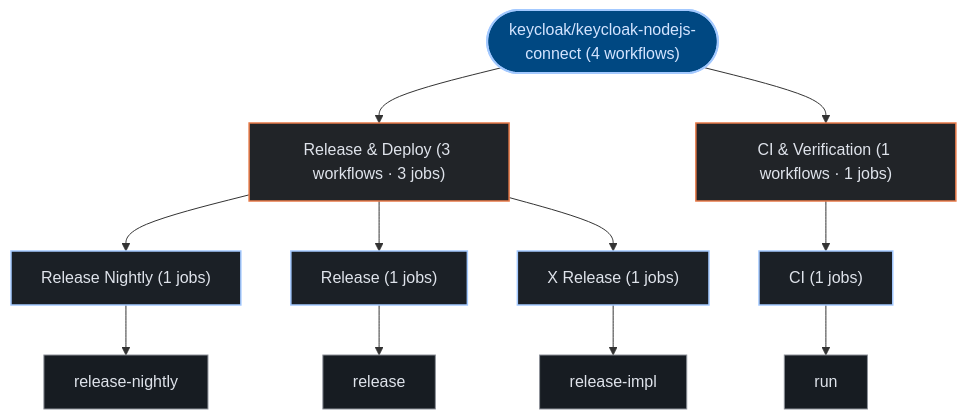
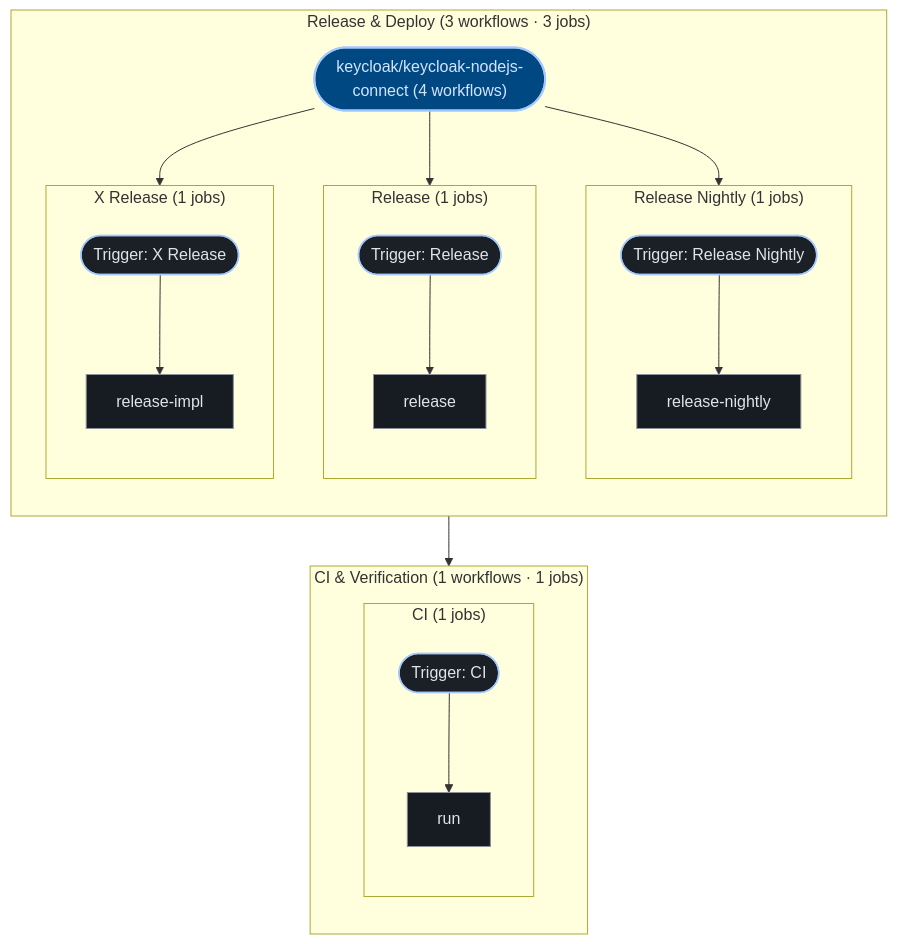
One commit to kumarshaz/atruss-code-atlas changed the second of 2 diagrams in exports/latest/reports/keycloak-keycloak-nodejs-connect-report.md. Above: the diagram before and after it, drawn with Mermaid. The commit also changed 181 other files, not shown here.

````diff
--- a/exports/latest/reports/keycloak-keycloak-nodejs-connect-report.md
+++ b/exports/latest/reports/keycloak-keycloak-nodejs-connect-report.md
@@ -164,31 +164,45 @@
 ```mermaid
 graph TD;
   classDef atlasRoot fill:#004882,stroke:#a3c9ff,stroke-width:2px,color:#d3e4ff
   classDef atlasCategory fill:#212428,stroke:#E87A48,stroke-width:1.5px,color:#dfe3eb
   classDef atlasWorkflow fill:#1b2026,stroke:#a3c9ff,stroke-width:1.5px,color:#dfe3eb
   classDef atlasJob fill:#171c22,stroke:#8d9199,stroke-width:1px,color:#dfe3eb
   classDef atlasTarget fill:#005227,stroke:#8bd99b,stroke-width:1.5px,color:#a7f6b6
   classDef atlasAlert fill:#93000a,stroke:#ffb4ab,stroke-width:1.5px,color:#ffdad6
   classDef atlasMore fill:#252a31,stroke:#8d9199,stroke-dasharray:4 4,color:#c3c6cf
   pipeline_root(["keycloak/keycloak-nodejs-connect (4 workflows)"]):::atlasRoot
-  grp_0_Release___Deploy["Release & Deploy (3 workflows · 3 jobs)"]:::atlasCategory
-  pipeline_root --> grp_0_Release___Deploy
-  wf_1_Release_Nightly["Release Nightly (1 jobs)"]:::atlasWorkflow
-  grp_0_Release___Deploy --> wf_1_Release_Nightly
-  job_1_release_nightly["release-nightly"]:::atlasJob
-  wf_1_Release_Nightly --> job_1_release_nightly
-  wf_2_Release["Release (1 jobs)"]:::atlasWorkflow
-  grp_0_Release___Deploy --> wf_2_Release
-  job_2_release["release"]:::atlasJob
-  wf_2_Release --> job_2_release
-  wf_3_X_Release["X Release (1 jobs)"]:::atlasWorkflow
-  grp_0_Release___Deploy --> wf_3_X_Release
-  job_3_release_impl["release-impl"]:::atlasJob
-  wf_3_X_Release --> job_3_release_impl
-  grp_1_CI___Verification["CI & Verification (1 workflows · 1 jobs)"]:::atlasCategory
-  pipeline_root --> grp_1_CI___Verification
-  wf_0_CI["CI (1 jobs)"]:::atlasWorkflow
-  grp_1_CI___Verification --> wf_0_CI
-  job_0_run["run"]:::atlasJob
-  wf_0_CI --> job_0_run
+  subgraph sg_grp_0_Release___Deploy["Release & Deploy (3 workflows · 3 jobs)"]
+    direction TB
+    subgraph sg_wf_1_Release_Nightly["Release Nightly (1 jobs)"]
+      direction TB
+      wf_1_Release_Nightly(["Trigger: Release Nightly"]):::atlasWorkflow
+      job_1_release_nightly["release-nightly"]:::atlasJob
+      wf_1_Release_Nightly --> job_1_release_nightly
+    end
+    pipeline_root --> wf_1_Release_Nightly
+    subgraph sg_wf_2_Release["Release (1 jobs)"]
+      direction TB
+      wf_2_Release(["Trigger: Release"]):::atlasWorkflow
+      job_2_release["release"]:::atlasJob
+      wf_2_Release --> job_2_release
+    end
+    pipeline_root --> wf_2_Release
+    subgraph sg_wf_3_X_Release["X Release (1 jobs)"]
+      direction TB
+      wf_3_X_Release(["Trigger: X Release"]):::atlasWorkflow
+      job_3_release_impl["release-impl"]:::atlasJob
+      wf_3_X_Release --> job_3_release_impl
+    end
+    pipeline_root --> wf_3_X_Release
+  end
+  subgraph sg_grp_1_CI___Verification["CI & Verification (1 workflows · 1 jobs)"]
+    direction TB
+    subgraph sg_wf_0_CI["CI (1 jobs)"]
+      direction TB
+      wf_0_CI(["Trigger: CI"]):::atlasWorkflow
+      job_0_run["run"]:::atlasJob
+      wf_0_CI --> job_0_run
+    end
+    pipeline_root --> wf_0_CI
+  end
 ```
````
